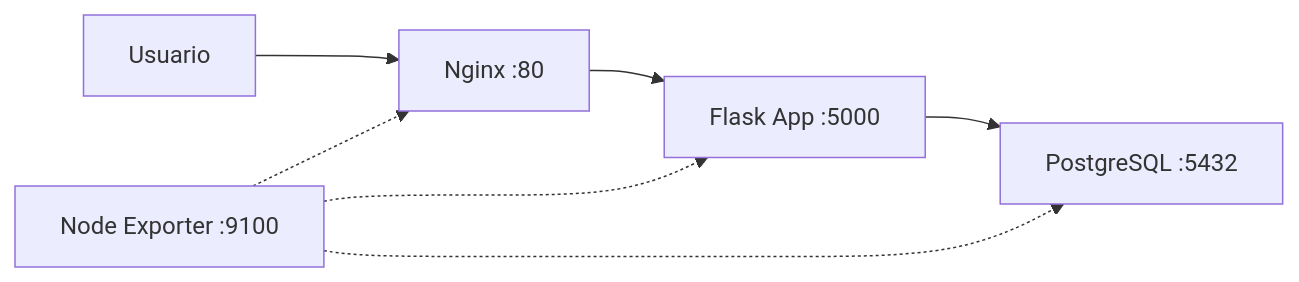
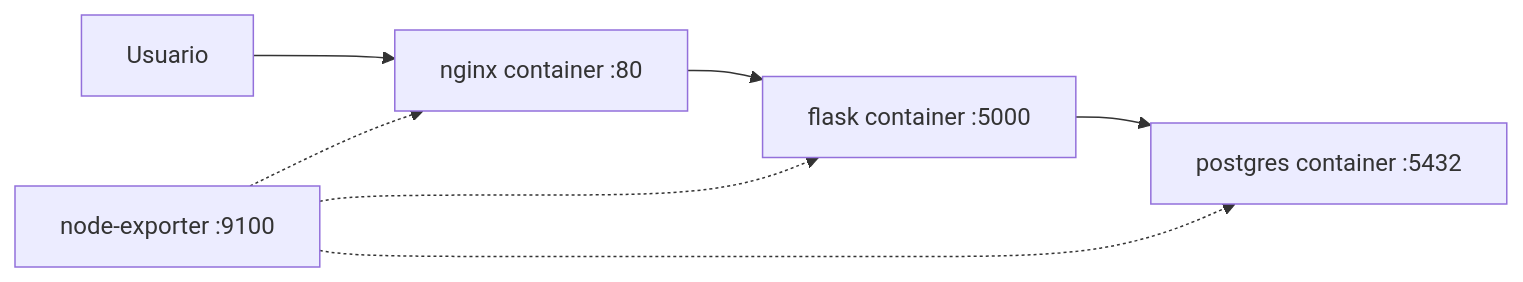
Before and after one commit to pabpereza/pabpereza: the diagram in docs/cursos/ansible/111.Proyecto_real.md, drawn with Mermaid. The commit also changed other lines of this file and 126 other files, not shown here.

````diff
--- a/docs/cursos/ansible/111.Proyecto_real.md
+++ b/docs/cursos/ansible/111.Proyecto_real.md
@@ -41,9 +46,9 @@
 ```mermaid
 graph LR
-    U[Usuario] --> N[Nginx :80]
-    N --> A[Flask App :5000]
-    A --> P[PostgreSQL :5432]
-    M[Node Exporter :9100] -.-> A
-    M -.-> N
-    M -.-> P
+    U[Usuario] --> N[nginx container :80]
+    N --> A[flask container :5000]
+    A --> P[postgres container :5432]
+    NE[node-exporter :9100] -.-> A
+    NE -.-> N
+    NE -.-> P
 ```
````
